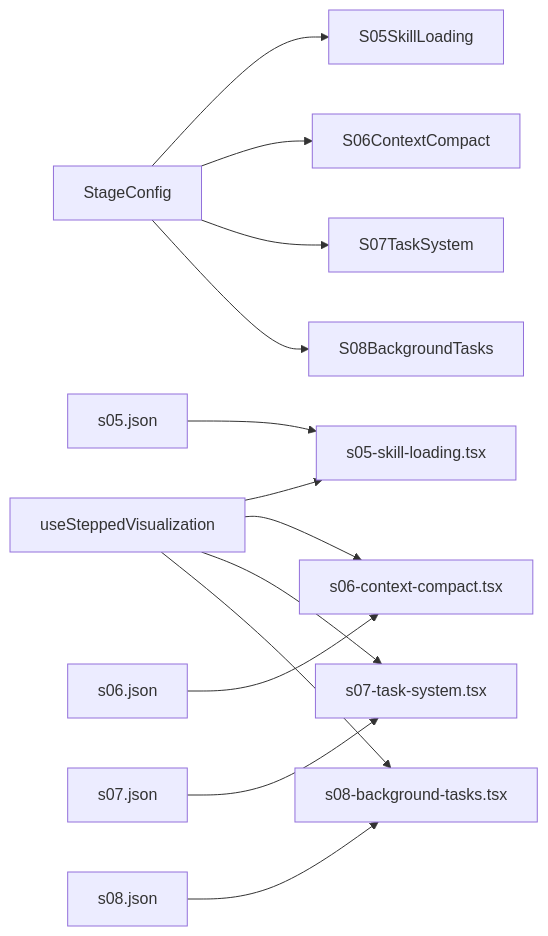
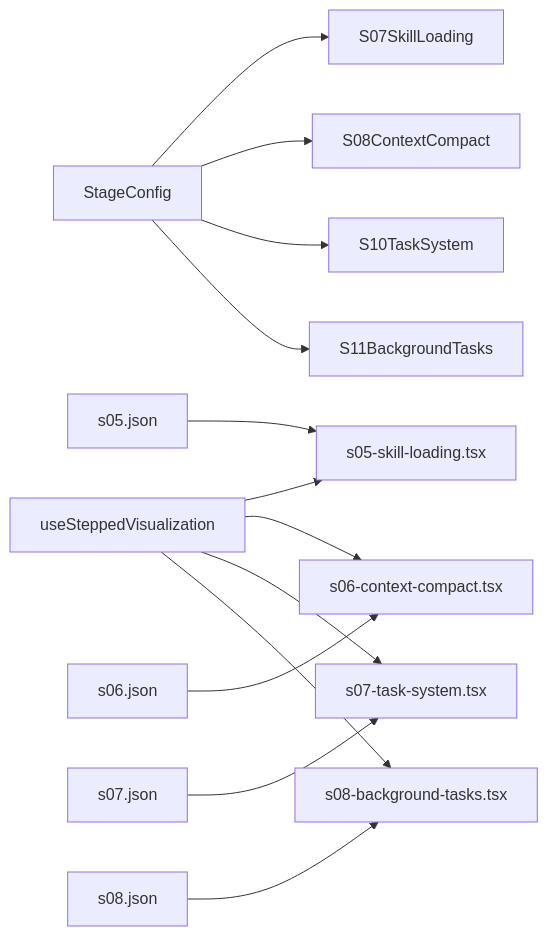
Before and after one commit to chenlds1994/learn-claude-code-java: the seventh of 7 diagrams in .qoder/repowiki/zh/content/前端可视化系统/可视化组件系统/阶段专用可视化组件/进阶阶段可视化 (S05-S08).md, drawn with Mermaid. The commit also changed other lines of this file and 143 other files, not shown here.

First line of the commit message:
更新 repowiki 与 drawio 教程图至 17 阶段结构

````diff
--- a/.qoder/repowiki/zh/content/前端可视化系统/可视化组件系统/阶段专用可视化组件/进阶阶段可视化 (S05-S08).md
+++ b/.qoder/repowiki/zh/content/前端可视化系统/可视化组件系统/阶段专用可视化组件/进阶阶段可视化 (S05-S08).md
@@ -322,15 +322,15 @@
 ```mermaid
 graph LR
-SC["StageConfig"] --> S05["S05SkillLoading"]
-SC --> S06["S06ContextCompact"]
-SC --> S07["S07TaskSystem"]
-SC --> S08["S08BackgroundTasks"]
+SC["StageConfig"] --> S07["S07SkillLoading"]
+SC --> S08["S08ContextCompact"]
+SC --> S10["S10TaskSystem"]
+SC --> S11["S11BackgroundTasks"]
 USV["useSteppedVisualization"] --> V05["s05-skill-loading.tsx"]
 USV --> V06["s06-context-compact.tsx"]
 USV --> V07["s07-task-system.tsx"]
 USV --> V08["s08-background-tasks.tsx"]
 J05["s05.json"] --> V05
 J06["s06.json"] --> V06
 J07["s07.json"] --> V07
 J08["s08.json"] --> V08
 ```
````
